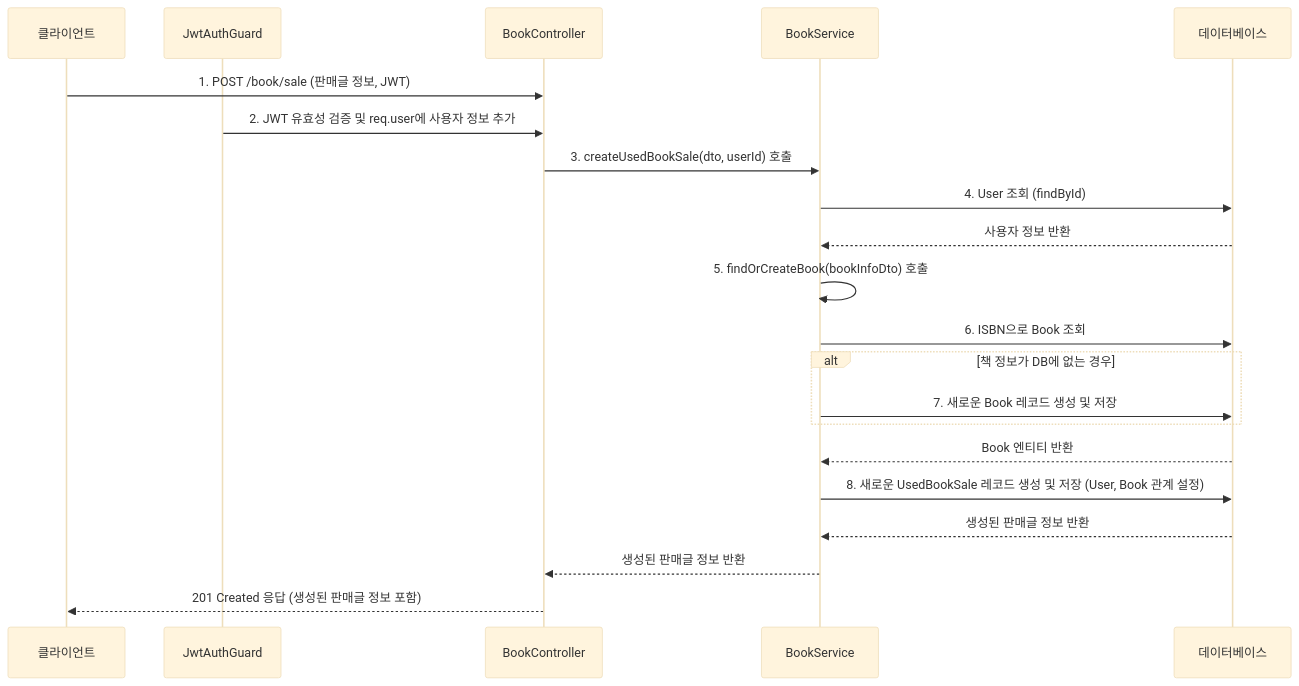
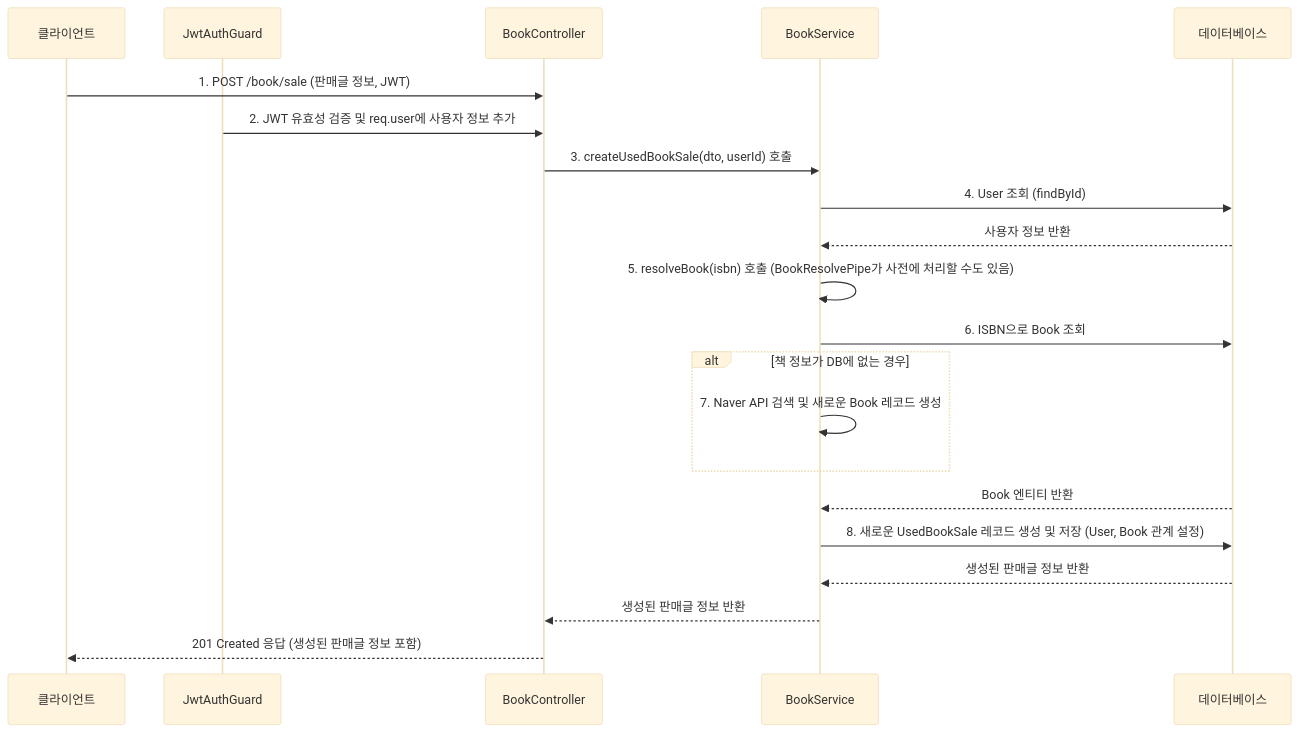
One commit to Yoo-su/artchive changed the diagram in apps/server/src/features/book/README.md. Above: the diagram before and after it, drawn with Mermaid (base theme). The commit also changed other lines of this file and 44 other files, not shown here.

````diff
--- a/apps/server/src/features/book/README.md
+++ b/apps/server/src/features/book/README.md
@@ -83,27 +87,27 @@
 ```mermaid
 sequenceDiagram
     participant C as 클라이언트
     participant Guard as JwtAuthGuard
     participant Ctrl as BookController
     participant Svc as BookService
     participant DB as 데이터베이스
 
     C->>Ctrl: 1. POST /book/sale (판매글 정보, JWT)
     Guard->>Ctrl: 2. JWT 유효성 검증 및 req.user에 사용자 정보 추가
     Ctrl->>Svc: 3. createUsedBookSale(dto, userId) 호출
 
     Svc->>DB: 4. User 조회 (findById)
     DB-->>Svc: 사용자 정보 반환
 
-    Svc->>Svc: 5. findOrCreateBook(bookInfoDto) 호출
+    Svc->>Svc: 5. resolveBook(isbn) 호출 (BookResolvePipe가 사전에 처리할 수도 있음)
     Svc->>DB: 6. ISBN으로 Book 조회
     alt 책 정보가 DB에 없는 경우
-        Svc->>DB: 7. 새로운 Book 레코드 생성 및 저장
+        Svc->>Svc: 7. Naver API 검색 및 새로운 Book 레코드 생성
     end
     DB-->>Svc: Book 엔티티 반환
 
     Svc->>DB: 8. 새로운 UsedBookSale 레코드 생성 및 저장 (User, Book 관계 설정)
     DB-->>Svc: 생성된 판매글 정보 반환
     Svc-->>Ctrl: 생성된 판매글 정보 반환
     Ctrl-->>C: 201 Created 응답 (생성된 판매글 정보 포함)
 ```
````
